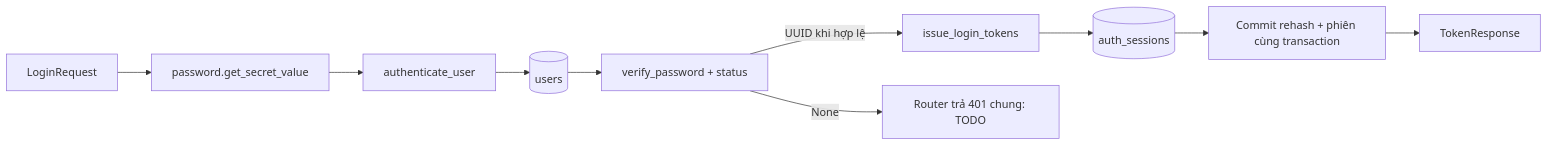
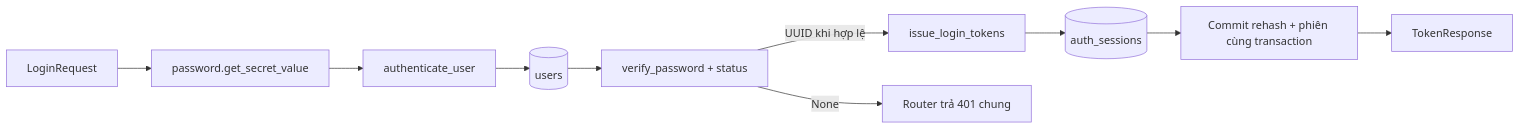
The first of 2 diagrams in docs/security.md (SpyroFujiki2/tutor-web-python), drawn with Mermaid before and after one commit. The commit also changed other lines of this file and 106 other files, not shown here.

````diff
--- a/docs/security.md
+++ b/docs/security.md
@@ -62,12 +106,12 @@
 ```mermaid
 flowchart LR
     R[LoginRequest] --> P[password.get_secret_value]
     P --> A[authenticate_user]
     A --> U[(users)]
     U --> V[verify_password + status]
     V -->|UUID khi hợp lệ| I[issue_login_tokens]
     I --> S[(auth_sessions)]
     S --> C[Commit rehash + phiên cùng transaction]
     C --> T[TokenResponse]
-    V -->|None| E[Router trả 401 chung: TODO]
+    V -->|None| E[Router trả 401 chung]
 ```
````
